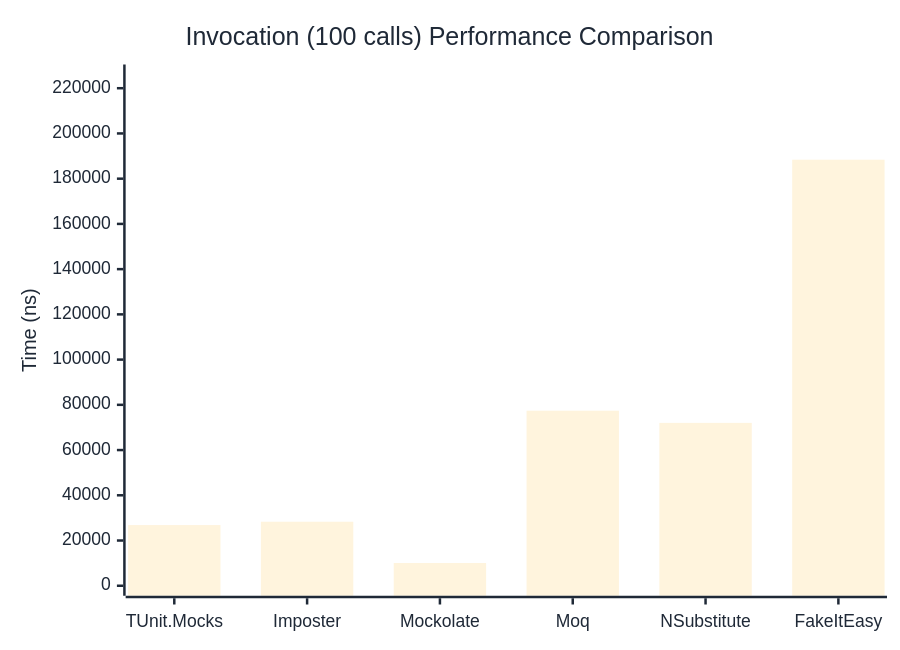
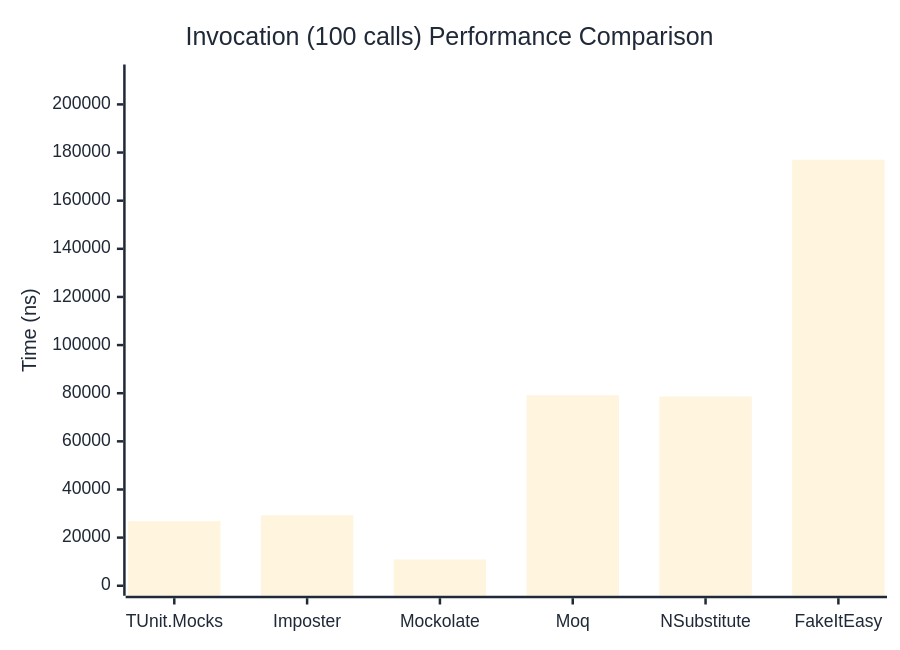
Before and after one commit to thomhurst/TUnit: the third of 3 diagrams in docs/docs/benchmarks/mocks/Invocation.md, drawn with Mermaid. The commit also changed other lines of this file and 14 other files, not shown here.

````diff
--- a/docs/docs/benchmarks/mocks/Invocation.md
+++ b/docs/docs/benchmarks/mocks/Invocation.md
@@ -112,27 +112,27 @@
 ```mermaid
 %%{init: {
   'theme':'base',
   'themeVariables': {
     'primaryColor': '#2563eb',
     'primaryTextColor': '#1f2937',
     'primaryBorderColor': '#1e40af',
     'lineColor': '#6b7280',
     'secondaryColor': '#7c3aed',
     'tertiaryColor': '#dc2626',
     'background': '#ffffff',
     'pie1': '#2563eb',
     'pie2': '#7c3aed',
     'pie3': '#dc2626',
     'pie4': '#f59e0b',
     'pie5': '#10b981',
     'pie6': '#06b6d4',
     'pie7': '#ec4899',
     'pie8': '#6366f1'
   }
 }}%%
 xychart-beta
   title "Invocation (100 calls) Performance Comparison"
   x-axis ["TUnit.Mocks", "Imposter", "Mockolate", "Moq", "NSubstitute", "FakeItEasy"]
-  y-axis "Time (ns)" 0 --> 226064
-  bar [26833.66, 28304.42, 10050.81, 77403.93, 72020.24, 188386.12]
+  y-axis "Time (ns)" 0 --> 212425
+  bar [26847.9, 29320.4, 10901.4, 79151.3, 78610.8, 177020.2]
 ```
````
